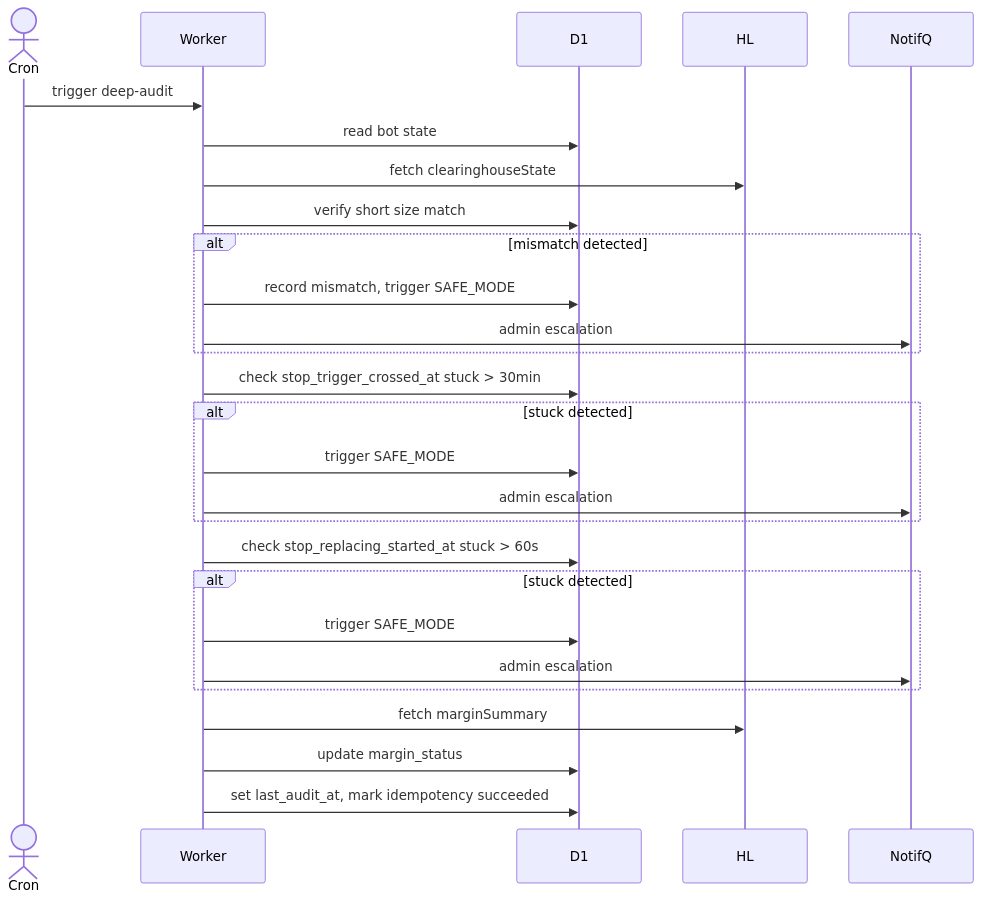
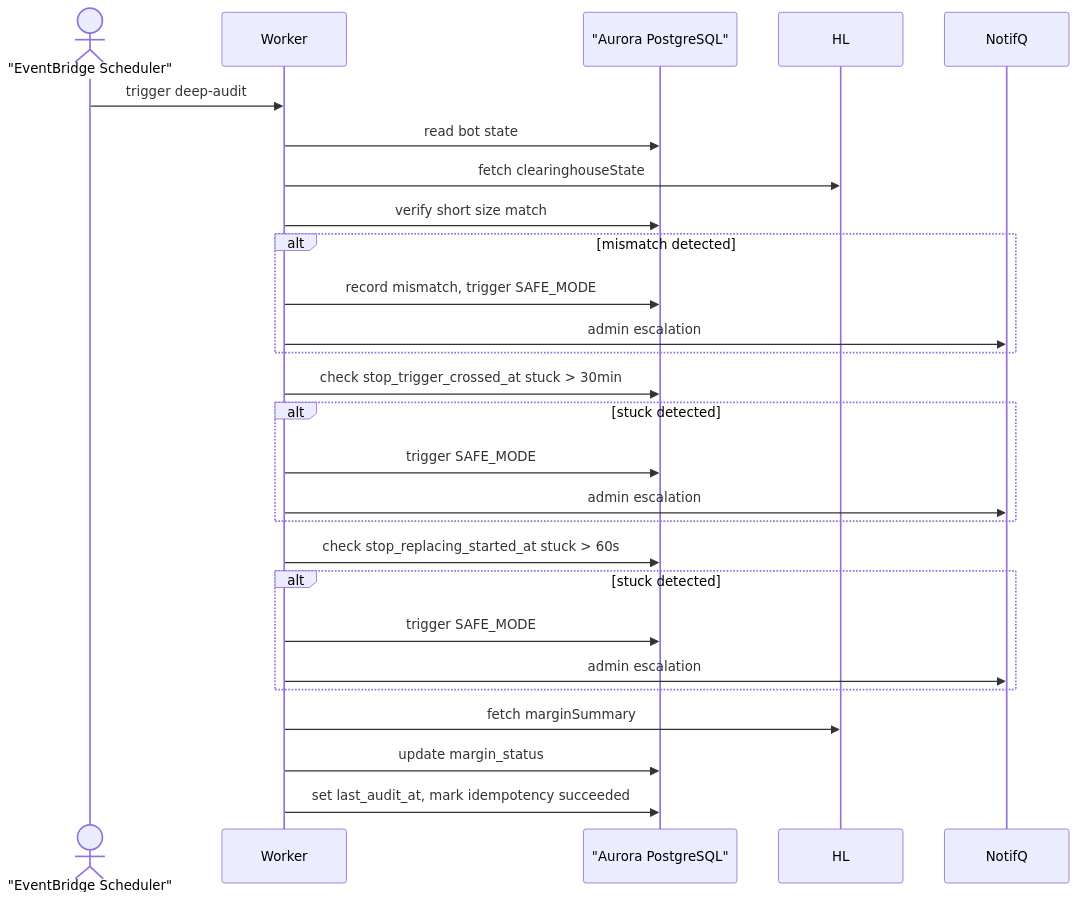
The diagram in docs/BA/plans/bnza-sotatek-260519-0000/03_modules/exbot/usecases/uc-deep-audit.md (TrinhBuiSotatek/Bonanzapool), drawn with Mermaid before and after one commit. The commit also changed other lines of this file and 21 other files, not shown here.

````diff
--- a/docs/BA/plans/bnza-sotatek-260519-0000/03_modules/exbot/usecases/uc-deep-audit.md
+++ b/docs/BA/plans/bnza-sotatek-260519-0000/03_modules/exbot/usecases/uc-deep-audit.md
@@ -67,29 +68,29 @@
 ```mermaid
 sequenceDiagram
-    actor Cron
+    actor Cron as "EventBridge Scheduler"
     participant Worker
-    participant D1
+    participant AuroraDB as "Aurora PostgreSQL"
     participant HL
     participant NotifQ
     Cron->>Worker: trigger deep-audit
-    Worker->>D1: read bot state
+    Worker->>AuroraDB: read bot state
     Worker->>HL: fetch clearinghouseState
-    Worker->>D1: verify short size match
+    Worker->>AuroraDB: verify short size match
     alt mismatch detected
-        Worker->>D1: record mismatch, trigger SAFE_MODE
+        Worker->>AuroraDB: record mismatch, trigger SAFE_MODE
         Worker->>NotifQ: admin escalation
     end
-    Worker->>D1: check stop_trigger_crossed_at stuck > 30min
+    Worker->>AuroraDB: check stop_trigger_crossed_at stuck > 30min
     alt stuck detected
-        Worker->>D1: trigger SAFE_MODE
+        Worker->>AuroraDB: trigger SAFE_MODE
         Worker->>NotifQ: admin escalation
     end
-    Worker->>D1: check stop_replacing_started_at stuck > 60s
+    Worker->>AuroraDB: check stop_replacing_started_at stuck > 60s
     alt stuck detected
-        Worker->>D1: trigger SAFE_MODE
+        Worker->>AuroraDB: trigger SAFE_MODE
         Worker->>NotifQ: admin escalation
     end
     Worker->>HL: fetch marginSummary
-    Worker->>D1: update margin_status
-    Worker->>D1: set last_audit_at, mark idempotency succeeded
+    Worker->>AuroraDB: update margin_status
+    Worker->>AuroraDB: set last_audit_at, mark idempotency succeeded
 ```
````
